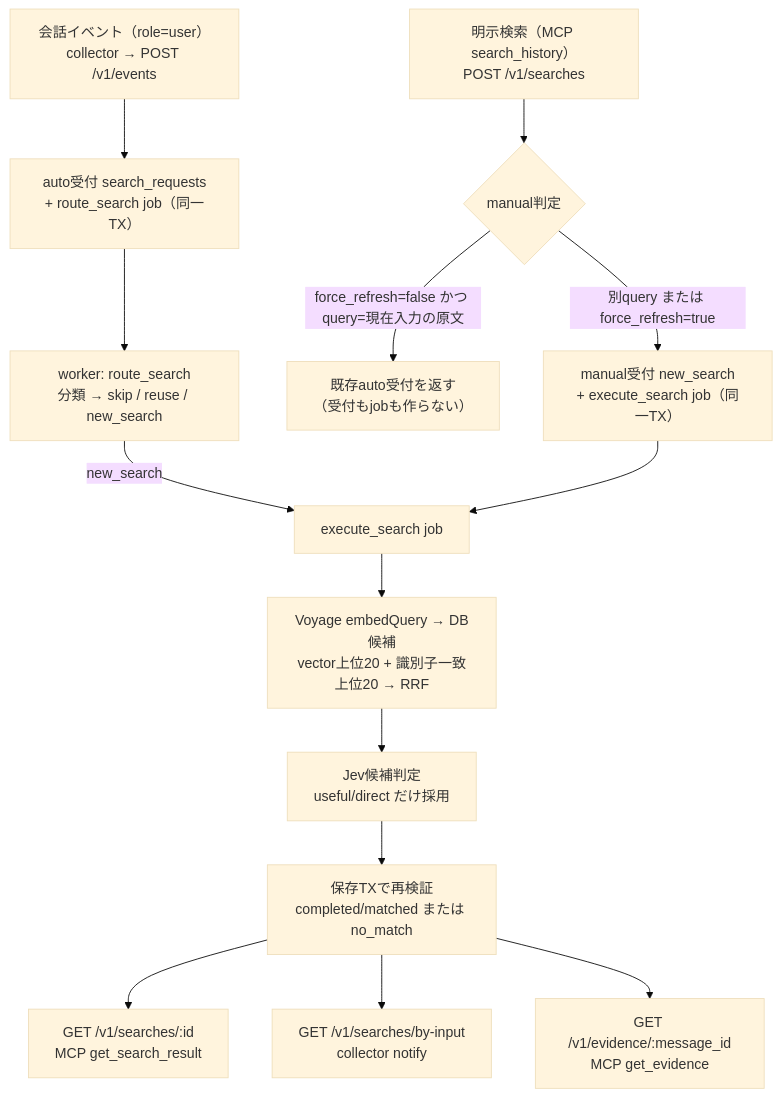
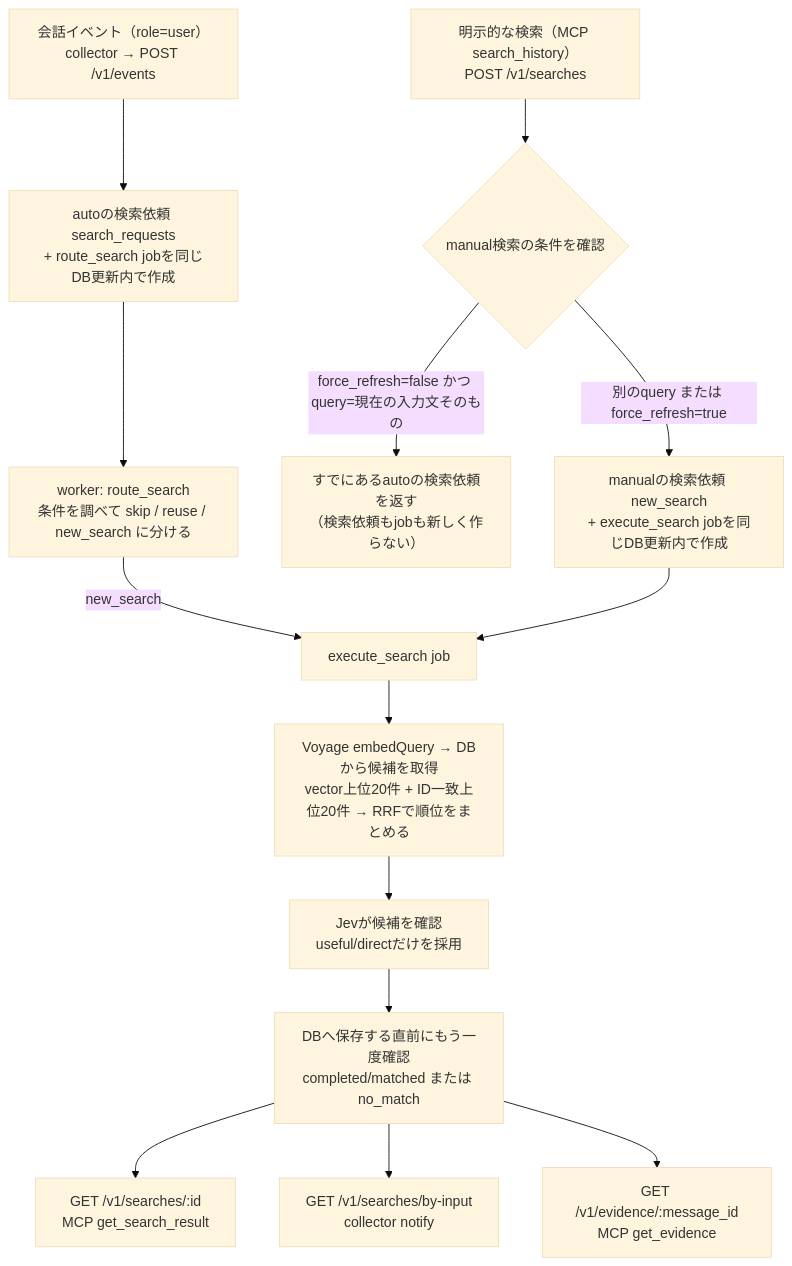
One commit to k2-dev0/yori changed the first of 3 diagrams in search-flow.md. Above: the diagram before and after it, drawn with Mermaid (base theme). The commit also changed other lines of this file, not shown here.

Commit message:
search-flow.md: 説明を分かりやすい言葉に変更

````diff
--- a/search-flow.md
+++ b/search-flow.md
@@ -7,16 +7,16 @@
 ```mermaid
 flowchart TB
-  E1["会話イベント（role=user）<br/>collector → POST /v1/events"] --> R1["auto受付 search_requests<br/>+ route_search job（同一TX）"]
-  E2["明示検索（MCP search_history）<br/>POST /v1/searches"] --> R2{"manual判定"}
-  R2 -->|"force_refresh=false かつ query=現在入力の原文"| R3["既存auto受付を返す<br/>（受付もjobも作らない）"]
-  R2 -->|"別query または force_refresh=true"| R4["manual受付 new_search<br/>+ execute_search job（同一TX）"]
-  R1 --> P["worker: route_search<br/>分類 → skip / reuse / new_search"]
+  E1["会話イベント（role=user）<br/>collector → POST /v1/events"] --> R1["autoの検索依頼 search_requests<br/>+ route_search jobを同じDB更新内で作成"]
+  E2["明示的な検索（MCP search_history）<br/>POST /v1/searches"] --> R2{"manual検索の条件を確認"}
+  R2 -->|"force_refresh=false かつ query=現在の入力文そのもの"| R3["すでにあるautoの検索依頼を返す<br/>（検索依頼もjobも新しく作らない）"]
+  R2 -->|"別のquery または force_refresh=true"| R4["manualの検索依頼 new_search<br/>+ execute_search jobを同じDB更新内で作成"]
+  R1 --> P["worker: route_search<br/>条件を調べて skip / reuse / new_search に分ける"]
   P -->|new_search| Q["execute_search job"]
   R4 --> Q
-  Q --> S["Voyage embedQuery → DB候補<br/>vector上位20 + 識別子一致上位20 → RRF"]
-  S --> T["Jev候補判定<br/>useful/direct だけ採用"]
-  T --> U["保存TXで再検証<br/>completed/matched または no_match"]
+  Q --> S["Voyage embedQuery → DBから候補を取得<br/>vector上位20件 + ID一致上位20件 → RRFで順位をまとめる"]
+  S --> T["Jevが候補を確認<br/>useful/directだけを採用"]
+  T --> U["DBへ保存する直前にもう一度確認<br/>completed/matched または no_match"]
   U --> G1["GET /v1/searches/:id<br/>MCP get_search_result"]
   U --> G2["GET /v1/searches/by-input<br/>collector notify"]
   U --> G3["GET /v1/evidence/:message_id<br/>MCP get_evidence"]
 ```
````
